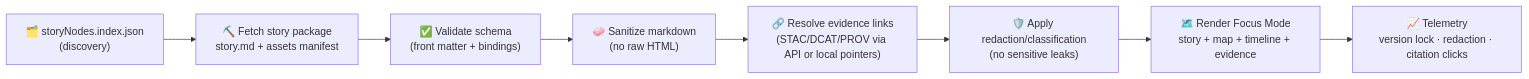
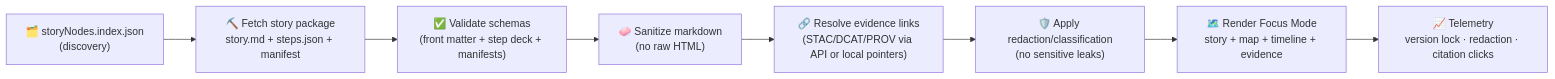
The diagram in web/story_nodes/README.md (bartytime4life/Kansas-Frontier-Matrix), drawn with Mermaid before and after one commit. The commit also changed other lines of this file, not shown here.

````diff
--- a/web/story_nodes/README.md
+++ b/web/story_nodes/README.md
@@ -427,10 +500,10 @@
 ```mermaid
 flowchart LR
-  A["🗂️ storyNodes.index.json<br/>(discovery)"] --> B["⛏️ Fetch story package<br/>story.md + assets manifest"]
-  B --> C["✅ Validate schema<br/>(front matter + bindings)"]
+  A["🗂️ storyNodes.index.json<br/>(discovery)"] --> B["⛏️ Fetch story package<br/>story.md + steps.json + manifest"]
+  B --> C["✅ Validate schemas<br/>(front matter + step deck + manifests)"]
   C --> D["🧼 Sanitize markdown<br/>(no raw HTML)"]
   D --> E["🔗 Resolve evidence links<br/>(STAC/DCAT/PROV via API or local pointers)"]
   E --> F["🛡️ Apply redaction/classification<br/>(no sensitive leaks)"]
   F --> G["🗺️ Render Focus Mode<br/>story + map + timeline + evidence"]
   G --> H["📈 Telemetry<br/>version lock · redaction · citation clicks"]
 ```
````
